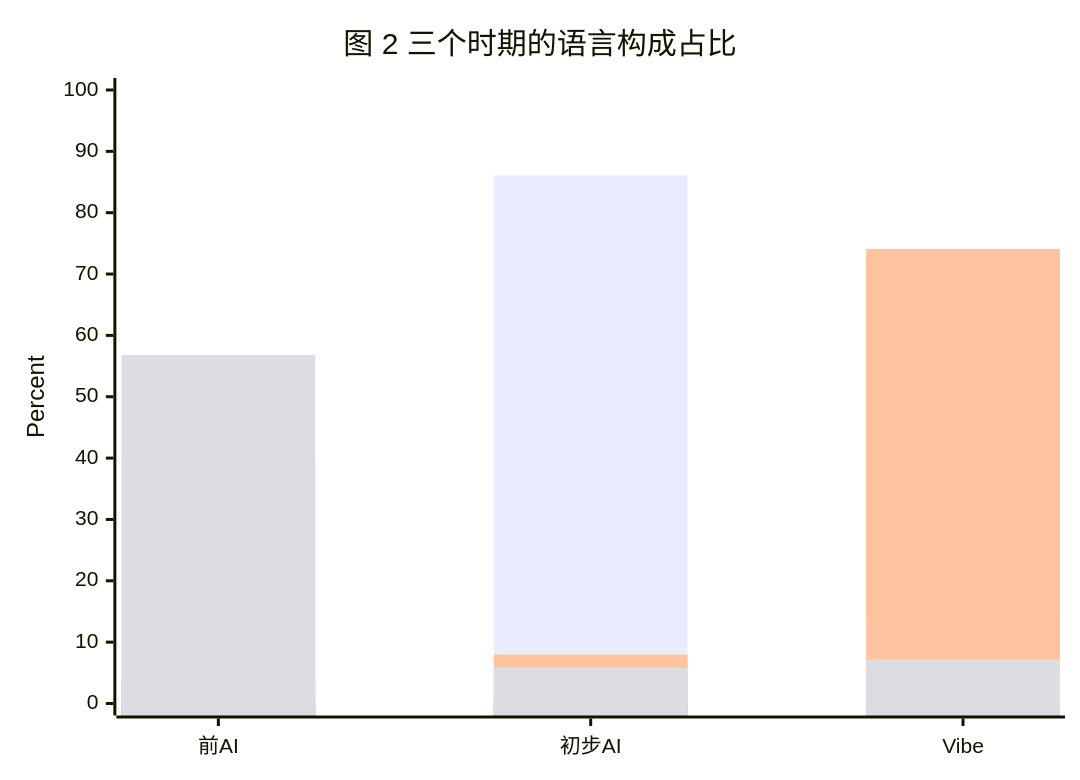
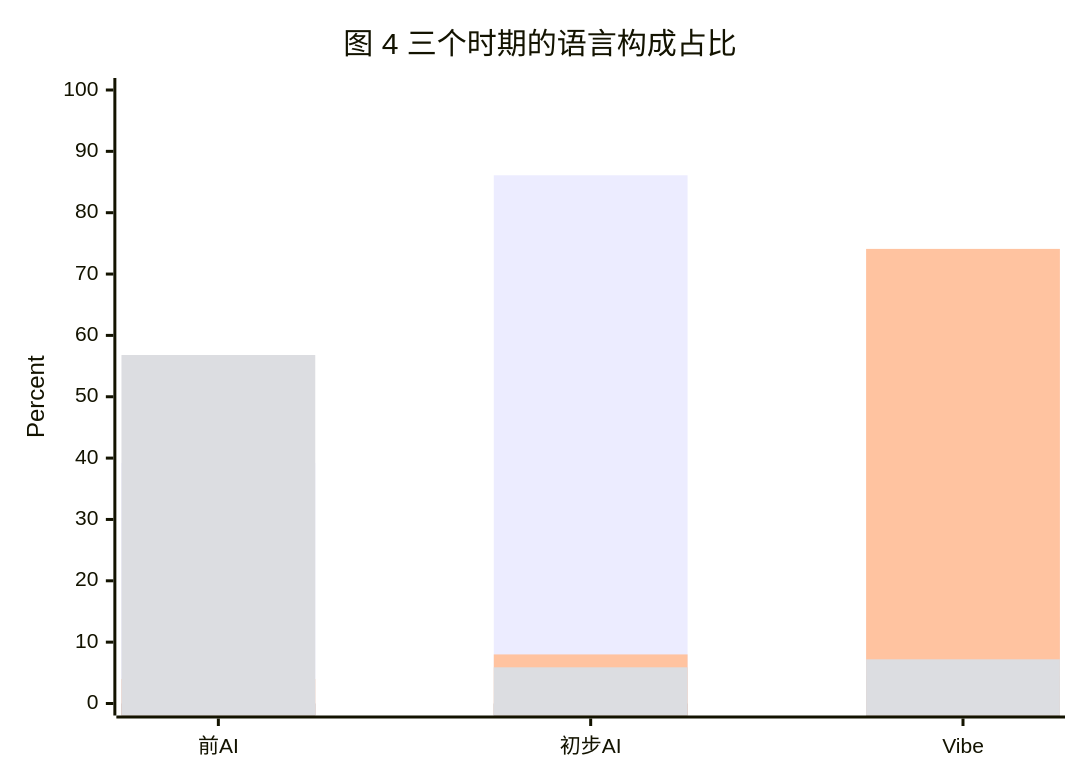
Before and after one commit to HansBug/HansBug.github.io: the eighth of 10 diagrams in src/content/blog/llm/from-trench-to-command-desk-ai-writing-coding-productivity.md, drawn with Mermaid. The commit also changed other lines of this file, not shown here.

````diff
--- a/src/content/blog/llm/from-trench-to-command-desk-ai-writing-coding-productivity.md
+++ b/src/content/blog/llm/from-trench-to-command-desk-ai-writing-coding-productivity.md
@@ -246,12 +347,12 @@
 ```mermaid
 %% series-labels: Python|Node|Markdown|其他
 %% series-colors: #8fd6ff|#f2c16d|#8fe1ba|#ff9bb0
 xychart-beta
-    title "图 2 三个时期的语言构成占比"
+    title "图 4 三个时期的语言构成占比"
     x-axis ["前AI", "初步AI", "Vibe"]
     y-axis "Percent" 0 --> 100
     bar [39.2, 86.1, 14.1]
     bar [0.0, 0.0, 4.5]
     bar [4.0, 8.0, 74.1]
     bar [56.8, 5.9, 7.2]
 ```
````
